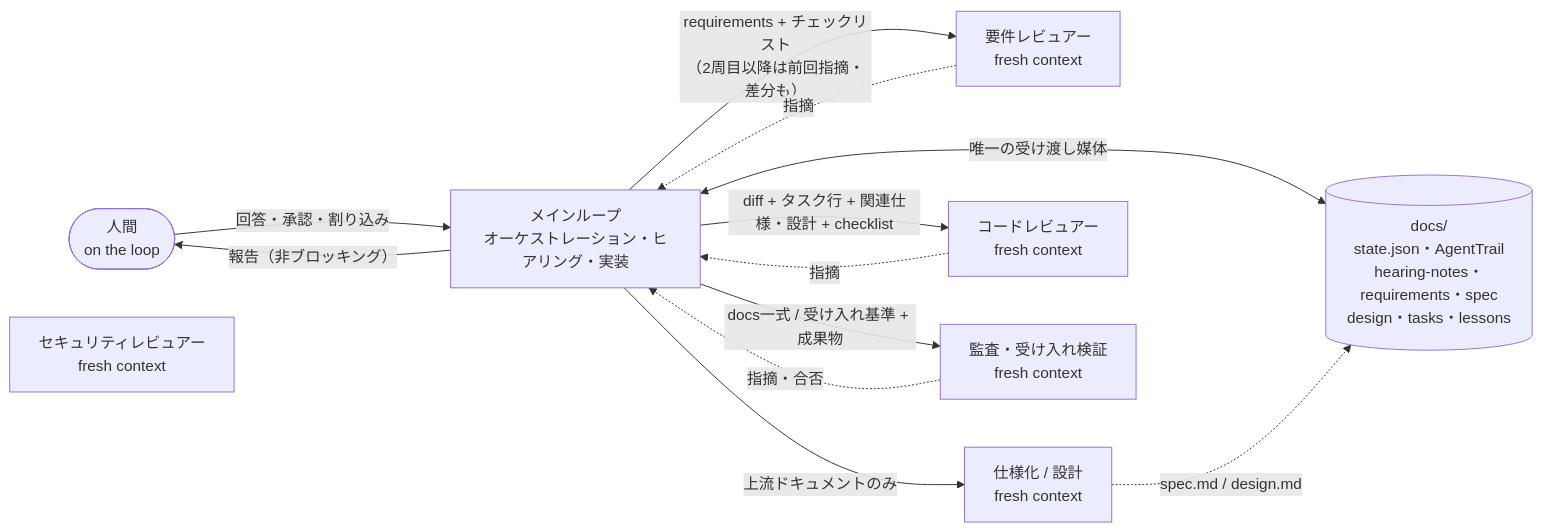
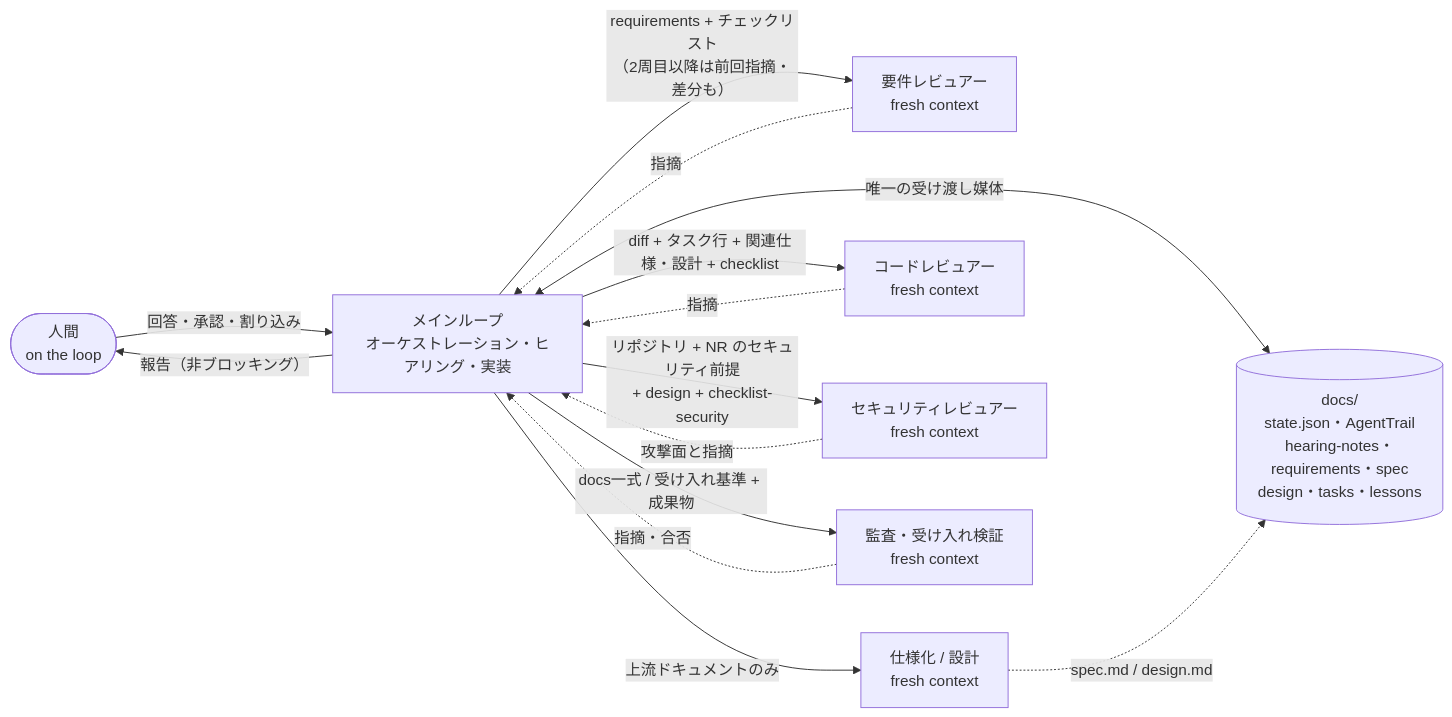
One commit to Harurow/human-on-the-loop changed the second of 2 diagrams in README.md. Above: the diagram before and after it, drawn with Mermaid.

Commit message:
README: 実行アーキテクチャ図にセキュリティレビュアーの入出力線を追加

````diff
--- a/README.md
+++ b/README.md
@@ -48,23 +48,25 @@
 ```mermaid
 flowchart LR
     H([人間<br/>on the loop])
     M[メインループ<br/>オーケストレーション・ヒアリング・実装]
     R[要件レビュアー<br/>fresh context]
     S[仕様化 / 設計<br/>fresh context]
     C[コードレビュアー<br/>fresh context]
     SR[セキュリティレビュアー<br/>fresh context]
     V[監査・受け入れ検証<br/>fresh context]
     D[(docs/<br/>state.json・AgentTrail<br/>hearing-notes・requirements・spec<br/>design・tasks・lessons)]
 
     H -->|回答・承認・割り込み| M
     M -->|報告（非ブロッキング）| H
     M -->|requirements + チェックリスト<br/>（2周目以降は前回指摘・差分も）| R
     M -->|上流ドキュメントのみ| S
     M -->|diff + タスク行 + 関連仕様・設計 + checklist| C
+    M -->|リポジトリ + NR のセキュリティ前提<br/>+ design + checklist-security| SR
     M -->|docs一式 / 受け入れ基準 + 成果物| V
     M <-->|唯一の受け渡し媒体| D
     R -.->|指摘| M
     S -.->|spec.md / design.md| D
     C -.->|指摘| M
+    SR -.->|攻撃面と指摘| M
     V -.->|指摘・合否| M
 ```
````
